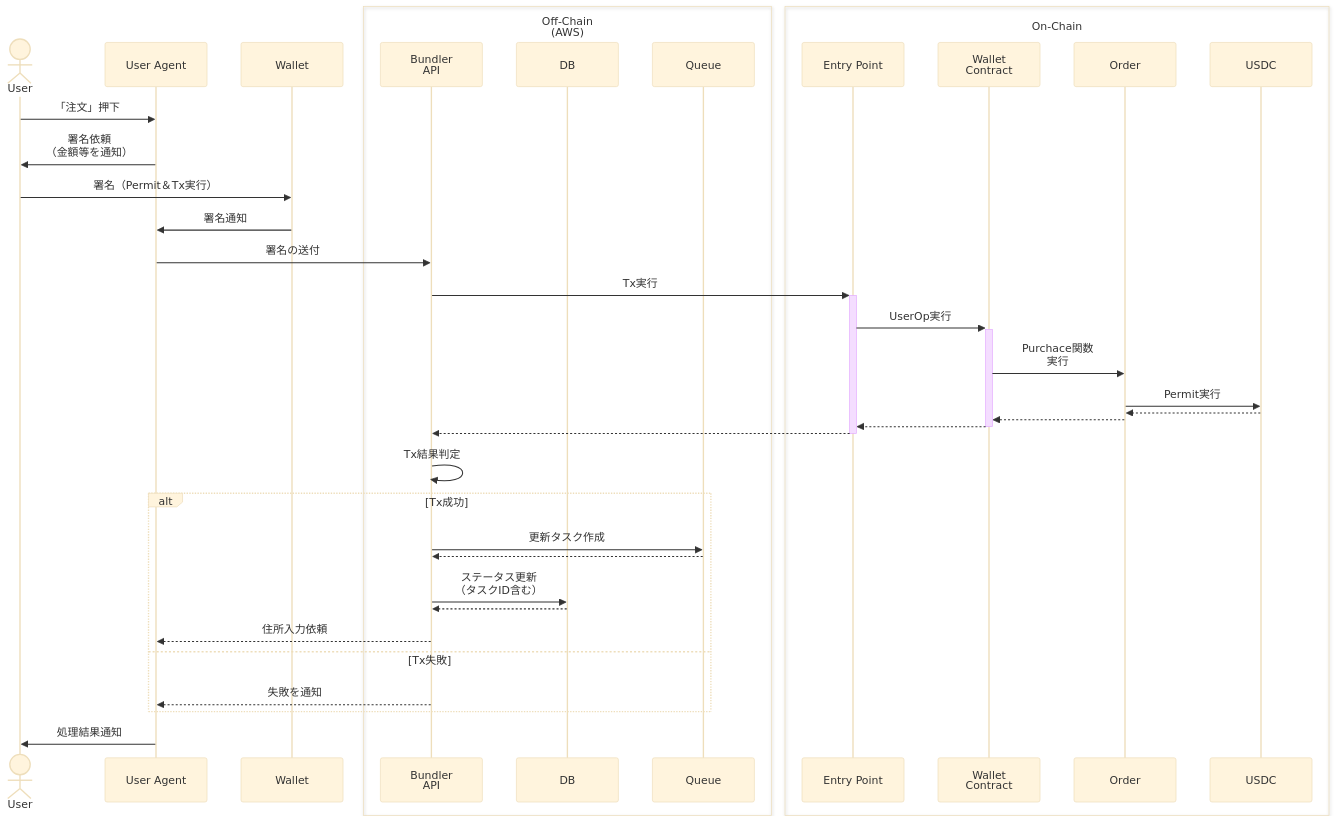
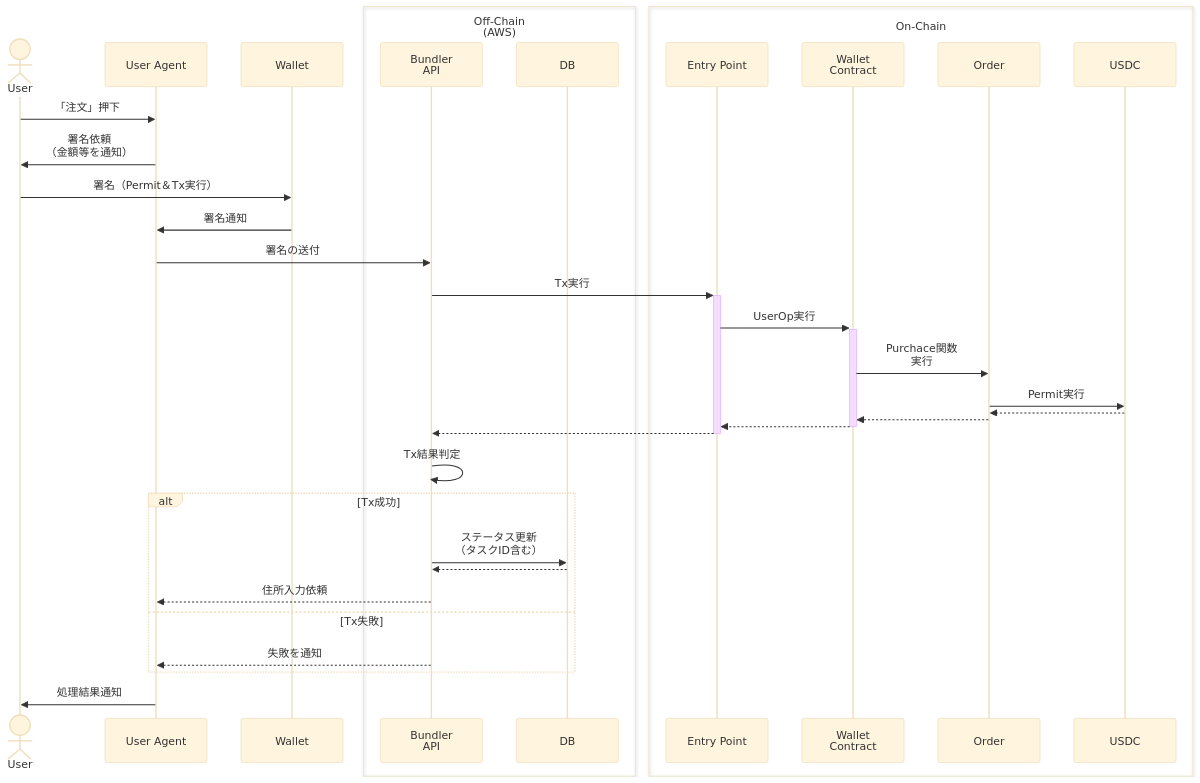
Before and after one commit to atakedemo/nominoichi: the first of 2 diagrams in nominoichi-doc/sequence_01.md, drawn with Mermaid (base theme). The commit also changed 19 other files, not shown here.

````diff
--- a/nominoichi-doc/sequence_01.md
+++ b/nominoichi-doc/sequence_01.md
@@ -5,45 +5,42 @@
 ```mermaid
 sequenceDiagram
     actor User
     participant UA as User Agent
     participant Wallet
     
     box Off-Chain<br/>(AWS)
         participant Bundler as Bundler<br/>API
         participant DB
-        participant Queue
     end
     box On-Chain
         participant Entry Point
         participant WalletC as Wallet<br/>Contract
         participant Order
         Participant USDC
     end
 
     User ->> UA: 「注文」押下
     UA ->> User: 署名依頼<br/>（金額等を通知）
     User ->> Wallet: 署名（Permit＆Tx実行）
     Wallet ->> UA: 署名通知
     UA ->> Bundler: 署名の送付
 
     Bundler ->>+ Entry Point: Tx実行
     Entry Point ->>+ WalletC: UserOp実行
     WalletC ->> Order: Purchace関数<br>実行
     Order ->> USDC: Permit実行
     USDC -->> Order: 
     Order -->> WalletC: 
     WalletC -->>- Entry Point: 
     Entry Point -->>- Bundler: 
 
     Bundler ->> Bundler: Tx結果判定
     alt Tx成功 
-        Bundler ->> Queue: 更新タスク作成
-        Queue -->> Bundler: 
         Bundler ->> DB: ステータス更新<br/>（タスクID含む）
         DB -->> Bundler: 
         Bundler -->> UA: 住所入力依頼
     else Tx失敗
         Bundler -->> UA: 失敗を通知
     end
     UA ->> User: 処理結果通知
 ```
````
